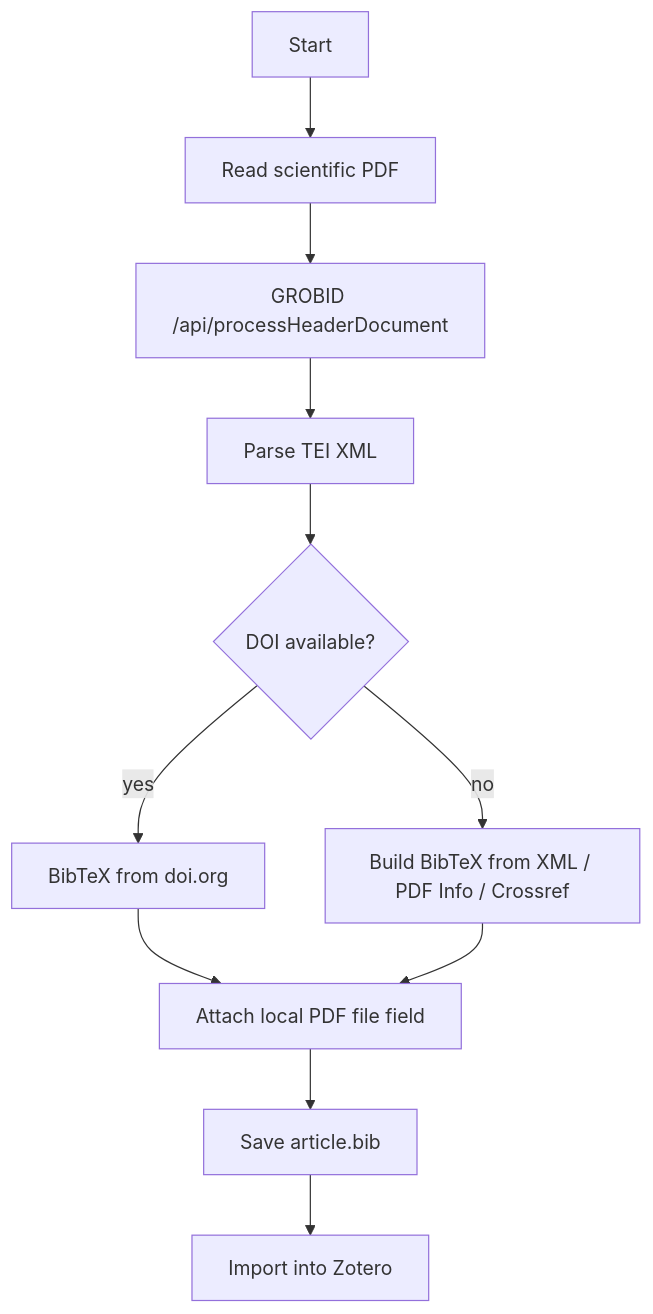
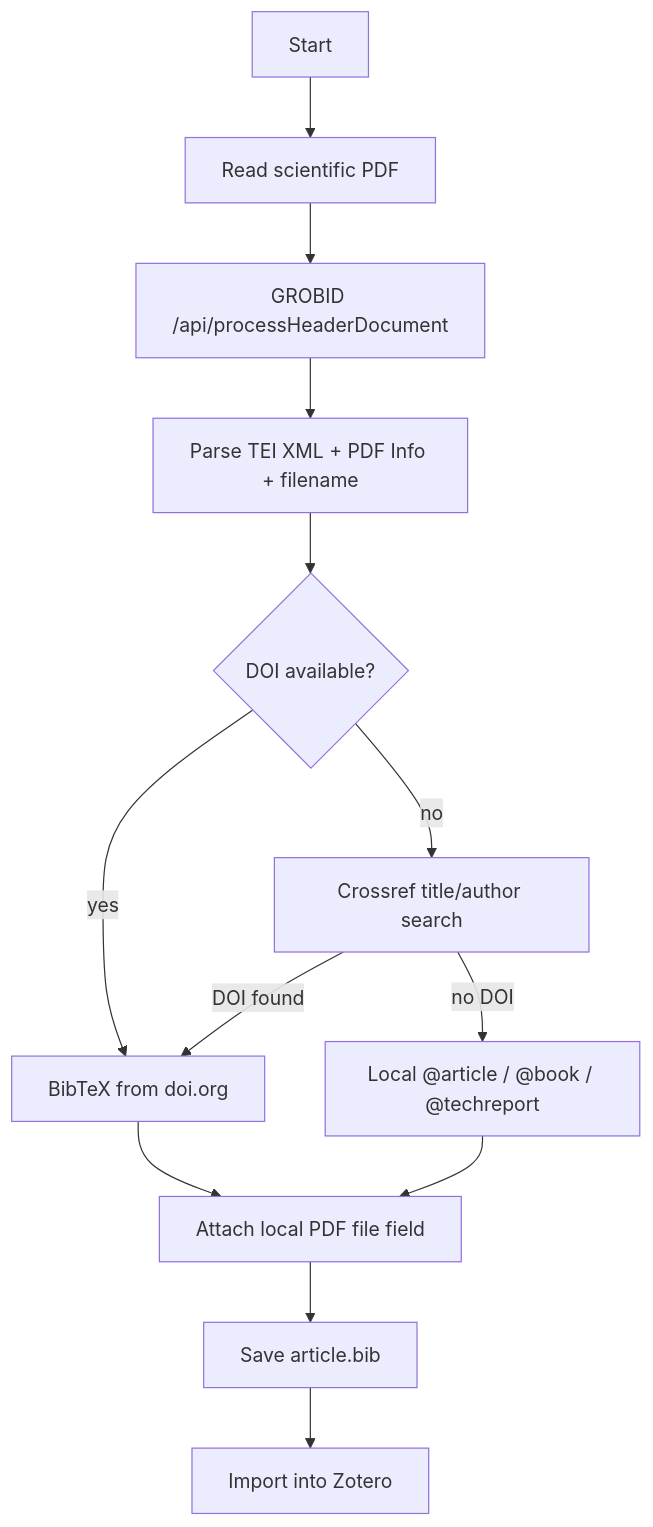
The sixth of 8 diagrams in GUIDE.md (jensabrahamsson/pdf2zotero), drawn with Mermaid before and after one commit. The commit also changed other lines of this file and 16 other files, not shown here.

````diff
--- a/GUIDE.md
+++ b/GUIDE.md
@@ -124,13 +124,15 @@
 ```mermaid
 flowchart TD
   S[Start] --> R[Read scientific PDF]
   R --> G["GROBID /api/processHeaderDocument"]
-  G --> P[Parse TEI XML]
+  G --> P[Parse TEI XML + PDF Info + filename]
   P --> D{DOI available?}
   D -->|yes| B1[BibTeX from doi.org]
-  D -->|no| B2[Build BibTeX from XML / PDF Info / Crossref]
+  D -->|no| XR[Crossref title/author search]
+  XR -->|DOI found| B1
+  XR -->|no DOI| B2[Local @article / @book / @techreport]
   B1 --> F[Attach local PDF file field]
   B2 --> F
   F --> SAVE[Save article.bib]
   SAVE --> Z[Import into Zotero]
 ```
````
